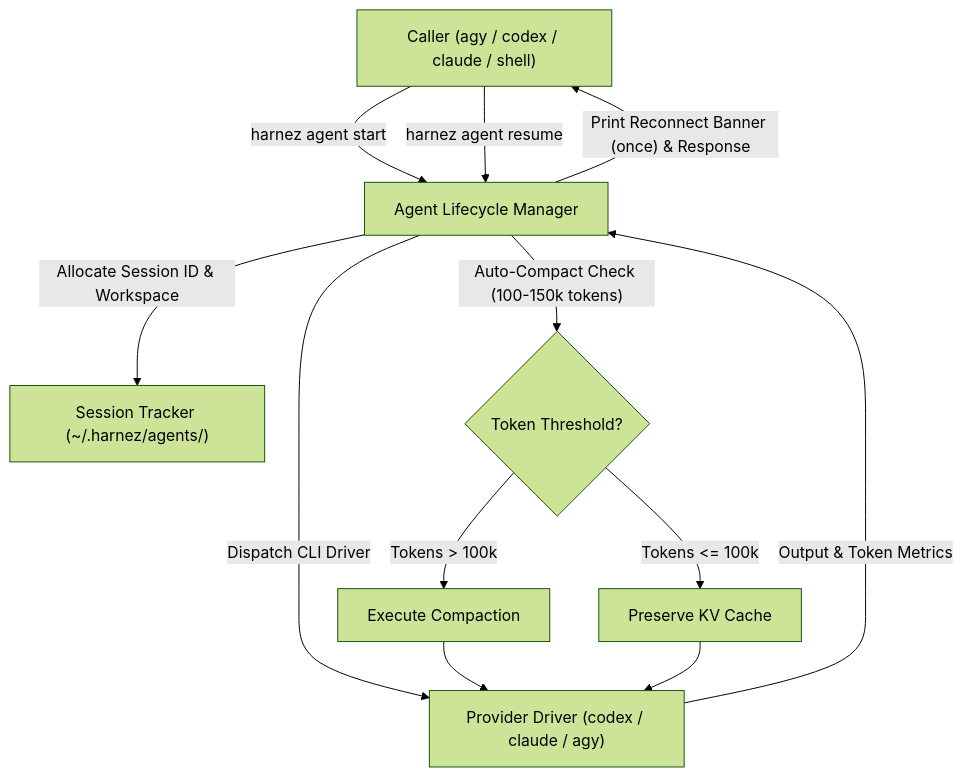
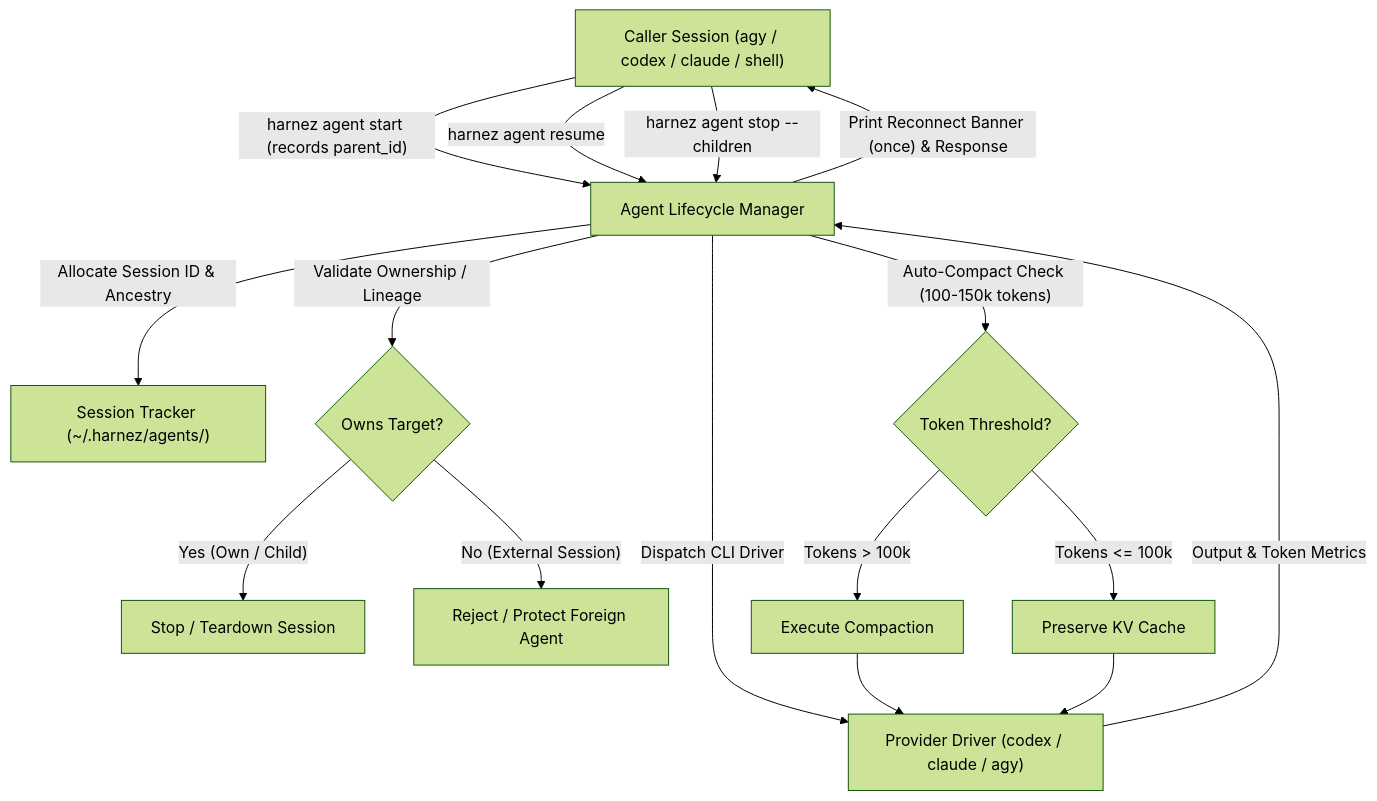
The diagram in docs/HarnezAgentArchitecture.md (ubunatic/harnez), drawn with Mermaid (forest theme) before and after one commit. The commit also changed other lines of this file, not shown here.

Commit message:
docs: enforce multi-session concurrency isolation in agent architecture

````diff
--- a/docs/HarnezAgentArchitecture.md
+++ b/docs/HarnezAgentArchitecture.md
@@ -28,14 +29,18 @@
 ```mermaid
 flowchart TD
-    A["Caller (agy / codex / claude / shell)"] -->|"harnez agent start"| B["Agent Lifecycle Manager"]
-    B -->|"Allocate Session ID & Workspace"| C["Session Tracker (~/.harnez/agents/)"]
+    A["Caller Session (agy / codex / claude / shell)"] -->|"harnez agent start (records parent_id)"| B["Agent Lifecycle Manager"]
+    B -->|"Allocate Session ID & Ancestry"| C["Session Tracker (~/.harnez/agents/)"]
     B -->|"Dispatch CLI Driver"| D["Provider Driver (codex / claude / agy)"]
     D -->|"Output & Token Metrics"| B
     B -->|"Print Reconnect Banner (once) & Response"| A
     A -->|"harnez agent resume"| B
+    A -->|"harnez agent stop --children"| B
+    B -->|"Validate Ownership / Lineage"| H{"Owns Target?"}
+    H -->|"Yes (Own / Child)"| I["Stop / Teardown Session"]
+    H -->|"No (External Session)"| J["Reject / Protect Foreign Agent"]
     B -->|"Auto-Compact Check (100-150k tokens)"| E{"Token Threshold?"}
     E -->|"Tokens > 100k"| F["Execute Compaction"]
     E -->|"Tokens <= 100k"| G["Preserve KV Cache"]
     F --> D
     G --> D
 ```
````
